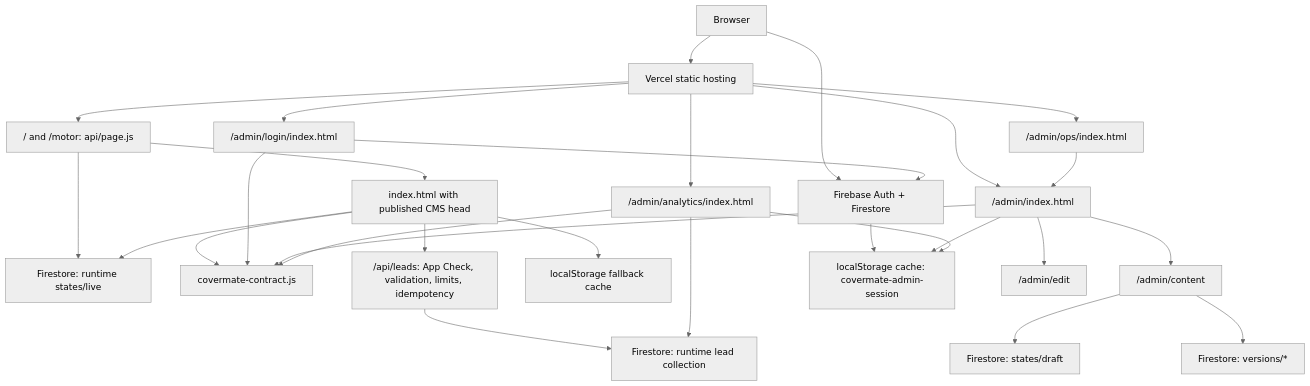
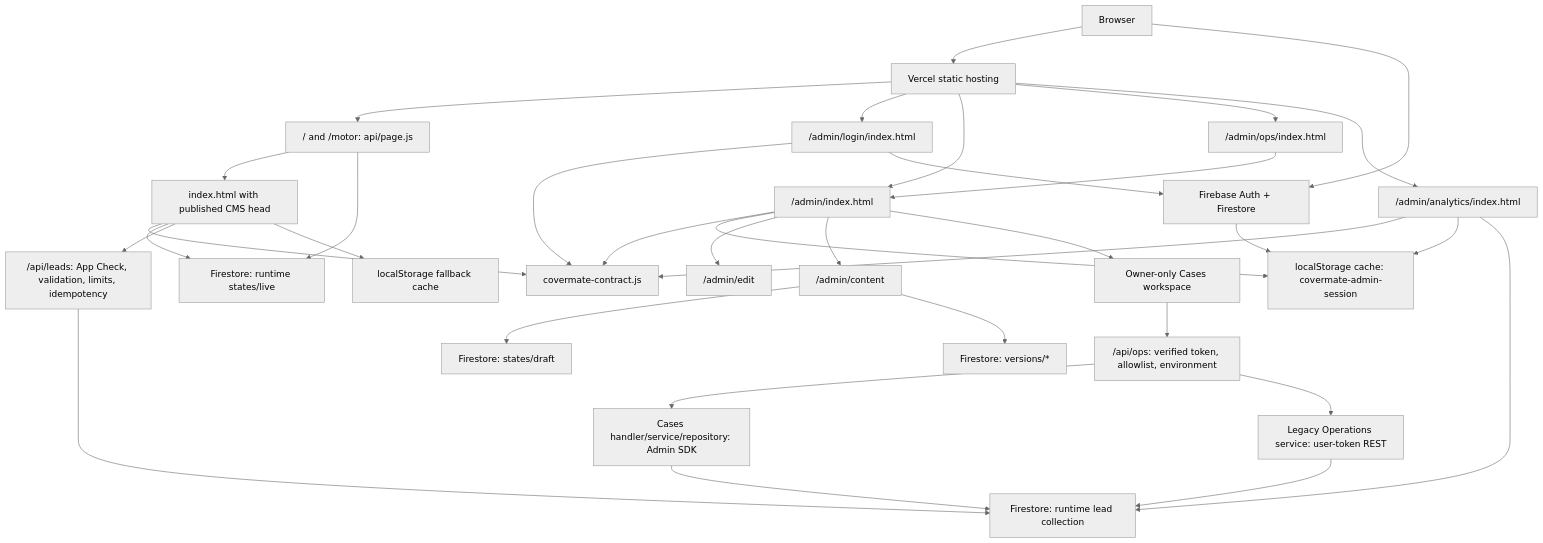
Before and after one commit to purichw/CoverMate: the diagram in docs/ARCHITECTURE.md, drawn with Mermaid (neutral theme). The commit also changed other lines of this file and 70 other files, not shown here.

````diff
--- a/docs/ARCHITECTURE.md
+++ b/docs/ARCHITECTURE.md
@@ -29,30 +30,36 @@
 ```mermaid
 flowchart TD
   Browser["Browser"] --> Vercel["Vercel static hosting"]
   Vercel --> SEO["/ and /motor: api/page.js"]
   SEO --> Public["index.html with published CMS head"]
   SEO --> Live
   Vercel --> Login["/admin/login/index.html"]
   Vercel --> Launcher["/admin/index.html"]
   Vercel --> OpsShim["/admin/ops/index.html"]
   Vercel --> Analytics["/admin/analytics/index.html"]
   OpsShim --> Launcher
   Browser --> Firebase["Firebase Auth + Firestore"]
   Public --> Contract["covermate-contract.js"]
   Login --> Contract
   Launcher --> Contract
   Analytics --> Contract
   Public --> Live["Firestore: runtime states/live"]
   Public --> LeadAPI["/api/leads: App Check, validation, limits, idempotency"]
   LeadAPI --> Leads["Firestore: runtime lead collection"]
   Public --> Store["localStorage fallback cache"]
   PublicAdmin --> Draft["Firestore: states/draft"]
   PublicAdmin --> Versions["Firestore: versions/*"]
   Login --> Firebase
   Firebase --> Session["localStorage cache: covermate-admin-session"]
   Launcher --> Session
   Analytics --> Session
   Analytics --> Leads
   Launcher --> PublicEdit["/admin/edit"]
   Launcher --> PublicAdmin["/admin/content"]
+  Launcher --> Cases["Owner-only Cases workspace"]
+  Cases --> OpsAPI["/api/ops: verified token, allowlist, environment"]
+  OpsAPI --> CasesService["Cases handler/service/repository: Admin SDK"]
+  OpsAPI --> LegacyOps["Legacy Operations service: user-token REST"]
+  CasesService --> Leads
+  LegacyOps --> Leads
 ```
````
